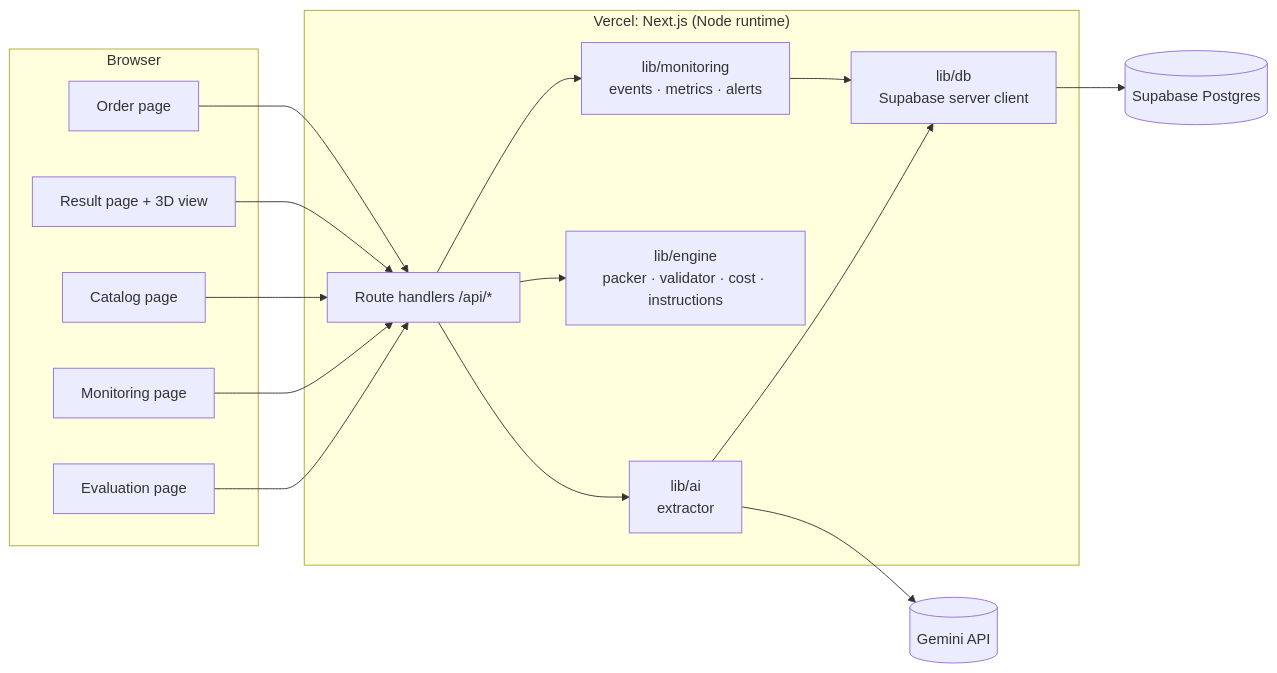
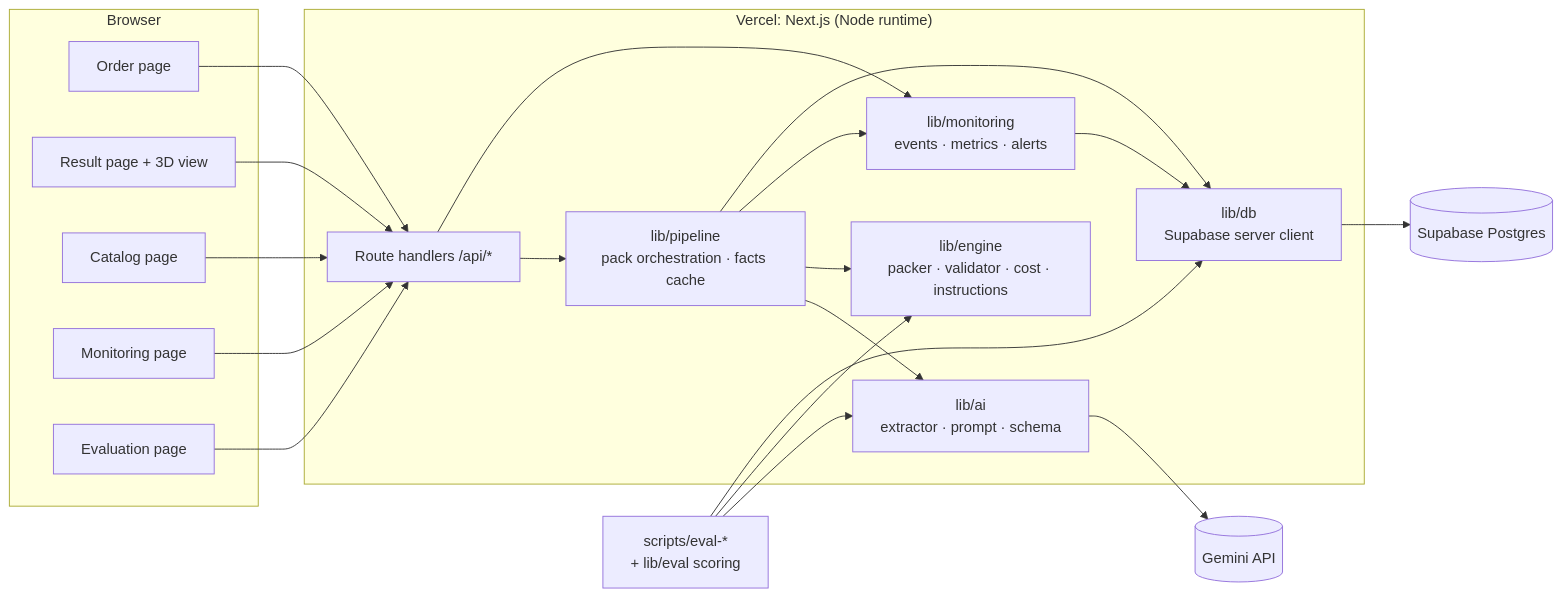
One commit to justAbdulaziz10/Rassah changed the fourth of 4 diagrams in docs/diagrams.md. Above: the diagram before and after it, drawn with Mermaid. The commit also changed other lines of this file and 8 other files, not shown here.

First line of the commit message:
docs: diagram PNGs, pitch deck (pptx + PDF backup), Phase 11 checklist

````diff
--- a/docs/diagrams.md
+++ b/docs/diagrams.md
@@ -131,28 +131,37 @@
 ```mermaid
 flowchart LR
     subgraph Client["Browser"]
         P1[Order page]
         P2[Result page + 3D view]
         P3[Catalog page]
         P4[Monitoring page]
         P5[Evaluation page]
     end
 
     subgraph Vercel["Vercel: Next.js (Node runtime)"]
         RH[Route handlers /api/*]
-        AI[lib/ai<br/>extractor]
+        PL[lib/pipeline<br/>pack orchestration · facts cache]
+        AI[lib/ai<br/>extractor · prompt · schema]
         EN[lib/engine<br/>packer · validator · cost · instructions]
         MO[lib/monitoring<br/>events · metrics · alerts]
         DBL[lib/db<br/>Supabase server client]
     end
 
     GEM[(Gemini API)]
     SUP[(Supabase Postgres)]
 
+    EVS[scripts/eval-*<br/>+ lib/eval scoring]
+
     P1 & P2 & P3 & P4 & P5 --> RH
-    RH --> AI --> GEM
-    RH --> EN
-    RH --> MO --> DBL
-    AI --> DBL
+    RH --> PL
+    PL --> AI --> GEM
+    PL --> EN
+    PL --> MO
+    RH --> MO
+    PL --> DBL
+    MO --> DBL
+    EVS --> AI
+    EVS --> EN
+    EVS --> DBL
     DBL --> SUP
 ```
````
